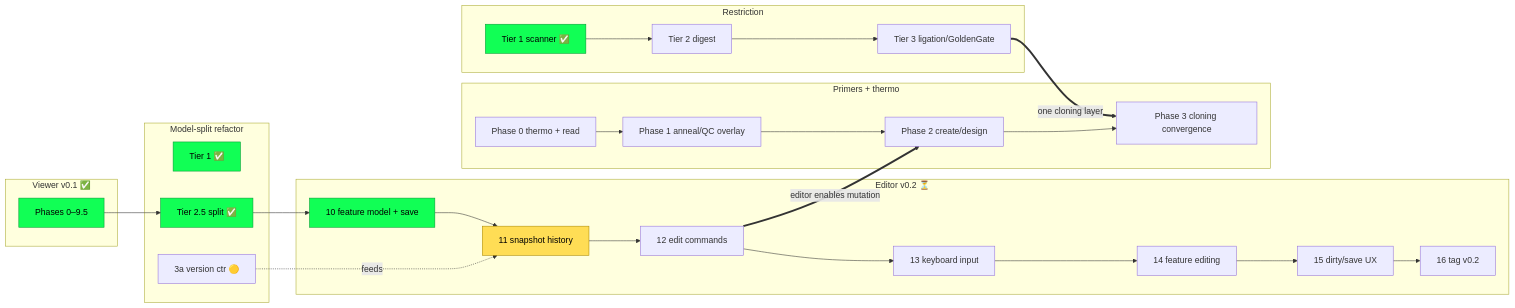
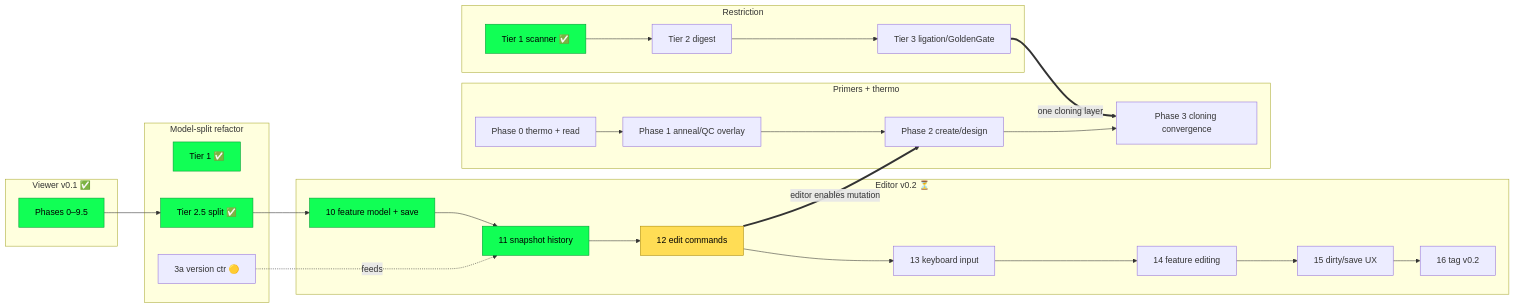
Before and after one commit to cmoscy/seqforge: the diagram in ROADMAP.md, drawn with Mermaid. The commit also changed other lines of this file and 4 other files, not shown here.

````diff
--- a/ROADMAP.md
+++ b/ROADMAP.md
@@ -44,47 +44,47 @@
 ```mermaid
 flowchart LR
     subgraph viewer["Viewer v0.1 ✅"]
         V[Phases 0–9.5]
     end
     subgraph refactor["Model-split refactor"]
         R1[Tier 1 ✅]
         R25[Tier 2.5 split ✅]
         R3a[3a version ctr 🟡]
     end
     subgraph editor["Editor v0.2 ⏳"]
         E10[10 feature model + save]
         E11[11 snapshot history]
         E12[12 edit commands]
         E13[13 keyboard input]
         E14[14 feature editing]
         E15[15 dirty/save UX]
         E16[16 tag v0.2]
     end
     subgraph restr["Restriction"]
         T1[Tier 1 scanner ✅]
         T2[Tier 2 digest]
         T3[Tier 3 ligation/GoldenGate]
     end
     subgraph primer["Primers + thermo"]
         P0[Phase 0 thermo + read]
         P1[Phase 1 anneal/QC overlay]
         P2[Phase 2 create/design]
         P3[Phase 3 cloning convergence]
     end
 
     V --> R25
     R25 --> E10
     R3a -.feeds.-> E11
     E10 --> E11 --> E12 --> E13 --> E14 --> E15 --> E16
 
     T1 --> T2 --> T3
     P0 --> P1 --> P2 --> P3
 
     E12 ==>|editor enables mutation| P2
     T3 ==>|one cloning layer| P3
 
     classDef done fill:#1f5,stroke:#093,color:#000;
     classDef next fill:#fd5,stroke:#a80,color:#000;
-    class V,R1,R25,T1,E10 done;
-    class E11 next;
+    class V,R1,R25,T1,E10,E11 done;
+    class E12 next;
 ```
````
